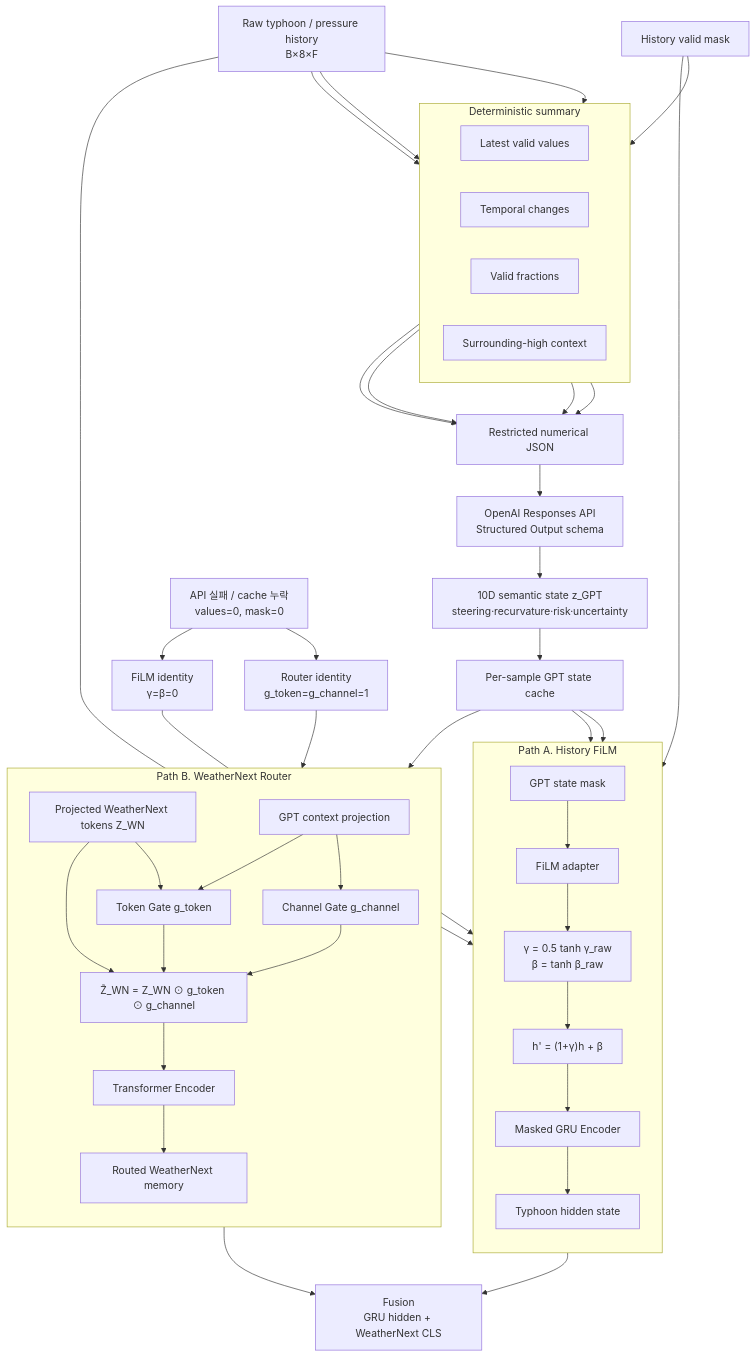
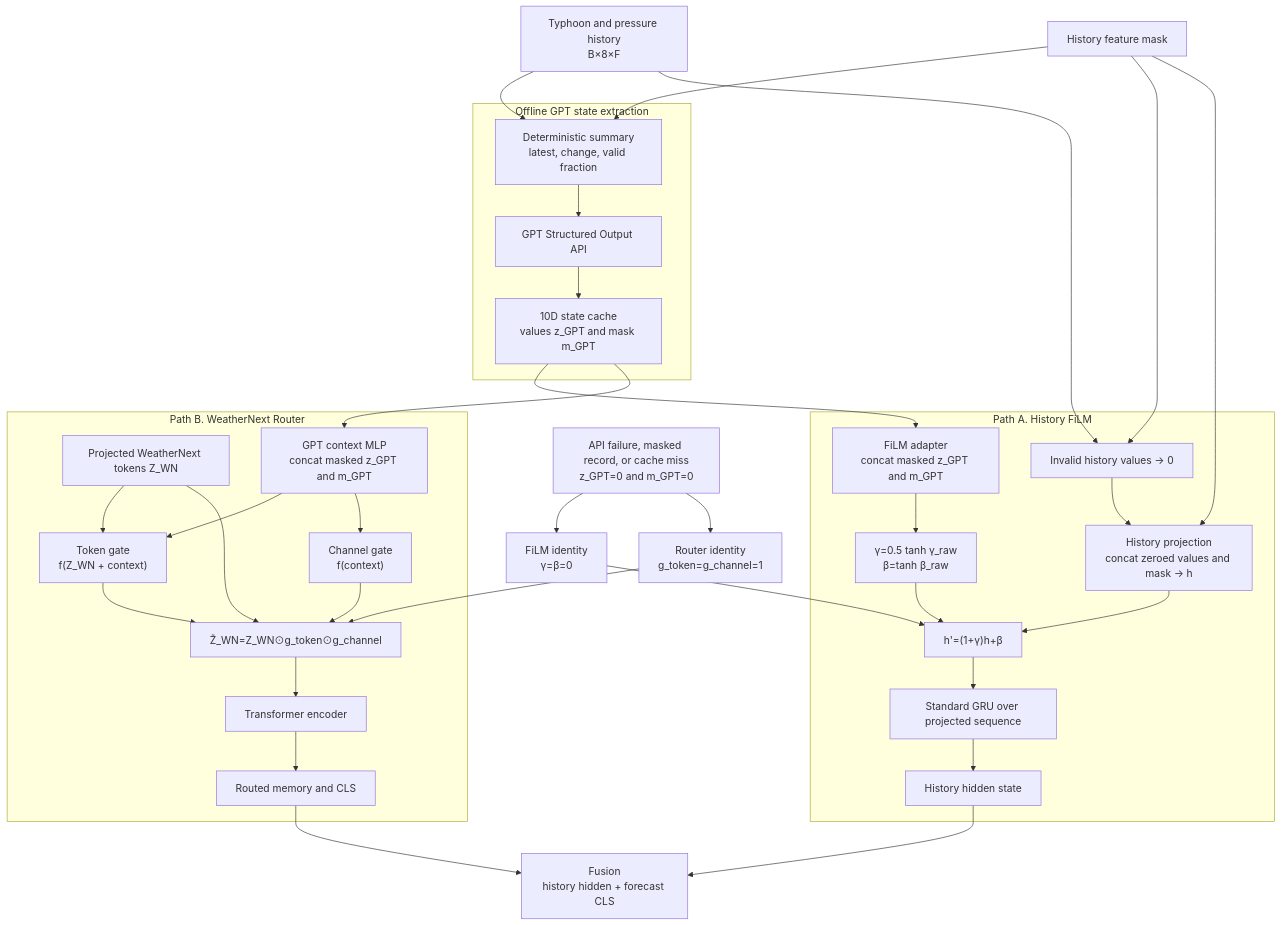
Before and after one commit to nayehyeon61-glitch/typnonn_preesure_data_loader: the diagram in struct-picture/03-gpt-dynamic-history.md, drawn with Mermaid. The commit also changed other lines of this file and 11 other files, not shown here.

Commit message:
Align GPT router diagrams with implementation

````diff
--- a/struct-picture/03-gpt-dynamic-history.md
+++ b/struct-picture/03-gpt-dynamic-history.md
@@ -3,64 +5,48 @@
 ```mermaid
 flowchart TB
-    RAW["Raw typhoon / pressure history<br/>B×8×F"]
-    HMASK["History valid mask"]
+    RAW["Typhoon and pressure history<br/>B×8×F"]
+    HMASK["History feature mask"]
 
-    subgraph SUMMARY["Deterministic summary"]
-        direction LR
-        LATEST["Latest valid values"]
-        CHANGE["Temporal changes"]
-        FRACTION["Valid fractions"]
-        HIGH["Surrounding-high context"]
+    subgraph EXTRACT["Offline GPT state extraction"]
+        SUMMARY["Deterministic summary<br/>latest, change, valid fraction"]
+        API["GPT Structured Output API"]
+        CACHE["10D state cache<br/>values z_GPT and mask m_GPT"]
     end
 
-    RAW --> LATEST
-    RAW --> CHANGE
-    HMASK --> FRACTION
-    RAW --> HIGH
-
-    JSON["Restricted numerical JSON"]
-    LATEST --> JSON
-    CHANGE --> JSON
-    FRACTION --> JSON
-    HIGH --> JSON
-
-    API["OpenAI Responses API<br/>Structured Output schema"]
-    STATE["10D semantic state z_GPT<br/>steering·recurvature·risk·uncertainty"]
-    CACHE["Per-sample GPT state cache"]
-
-    JSON --> API
-    API --> STATE
-    STATE --> CACHE
+    RAW --> SUMMARY
+    HMASK --> SUMMARY
+    SUMMARY --> API
+    API --> CACHE
 
     subgraph PATH1["Path A. History FiLM"]
-        direction TB
-        SMASK1["GPT state mask"]
-        FILM["FiLM adapter"]
-        PARAM["γ = 0.5 tanh γ_raw<br/>β = tanh β_raw"]
-        DYNAMIC["h' = (1+γ)h + β"]
-        GRU["Masked GRU Encoder"]
-        HIDDEN["Typhoon hidden state"]
+        ZERO["Invalid history values → 0"]
+        HPROJ["History projection<br/>concat zeroed values and mask → h"]
+        FILM["FiLM adapter<br/>concat masked z_GPT and m_GPT"]
+        PARAM["γ=0.5 tanh γ_raw<br/>β=tanh β_raw"]
+        DYNAMIC["h'=(1+γ)h+β"]
+        GRU["Standard GRU over projected sequence"]
+        HIDDEN["History hidden state"]
     end
 
-    CACHE --> SMASK1
+    RAW --> ZERO
+    HMASK --> ZERO
+    ZERO --> HPROJ
+    HMASK --> HPROJ
     CACHE --> FILM
-    SMASK1 --> FILM
     FILM --> PARAM
-    RAW --> DYNAMIC
+    HPROJ --> DYNAMIC
     PARAM --> DYNAMIC
     DYNAMIC --> GRU
-    HMASK --> GRU
     GRU --> HIDDEN
 
     subgraph PATH2["Path B. WeatherNext Router"]
-        direction TB
         ZWN["Projected WeatherNext tokens Z_WN"]
-        CTX["GPT context projection"]
-        TG["Token Gate g_token"]
-        CG["Channel Gate g_channel"]
-        ROUTED["Z̃_WN = Z_WN ⊙ g_token ⊙ g_channel"]
-        TF["Transformer Encoder"]
-        WMEM["Routed WeatherNext memory"]
+        CTX["GPT context MLP<br/>concat masked z_GPT and m_GPT"]
+        TG["Token gate<br/>f(Z_WN + context)"]
+        CG["Channel gate<br/>f(context)"]
+        ROUTED["Z̃_WN=Z_WN⊙g_token⊙g_channel"]
+        TF["Transformer encoder"]
+        WMEM["Routed memory and CLS"]
     end
 
     CACHE --> CTX
@@ -73,7 +59,7 @@
     ROUTED --> TF
     TF --> WMEM
 
-    MISSING["API 실패 / cache 누락<br/>values=0, mask=0"]
+    MISSING["API failure, masked record, or cache miss<br/>z_GPT=0 and m_GPT=0"]
     ID1["FiLM identity<br/>γ=β=0"]
     ID2["Router identity<br/>g_token=g_channel=1"]
     MISSING --> ID1
@@ -81,7 +67,7 @@
     ID1 --> DYNAMIC
     ID2 --> ROUTED
 
-    FUSION["Fusion<br/>GRU hidden + WeatherNext CLS"]
+    FUSION["Fusion<br/>history hidden + forecast CLS"]
     HIDDEN --> FUSION
     WMEM --> FUSION
 ```
````
